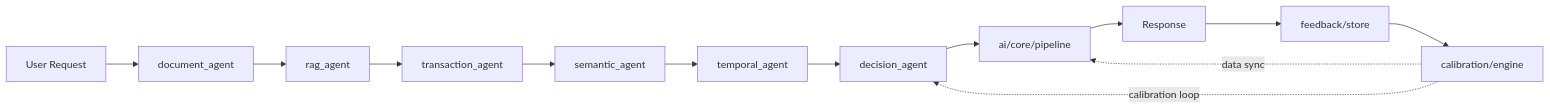
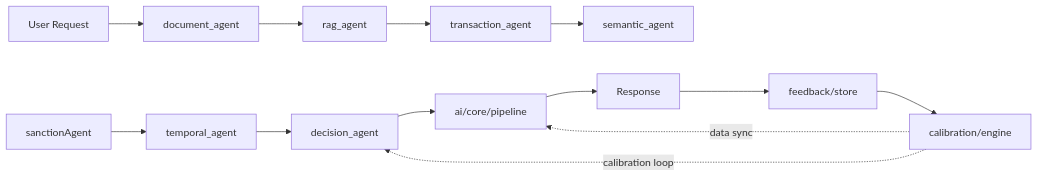
Before and after one commit to Quantum-Blade1/multi-agent-model: the first of 4 diagrams in README.md, drawn with Mermaid.

Commit message:
Replace semanticAgent with sanctionAgent in flow

````diff
--- a/README.md
+++ b/README.md
@@ -9,18 +9,18 @@
 ```mermaid
 flowchart LR
     UserReq["User Request"] --> documentAgent["document_agent"]
     documentAgent --> ragAgent["rag_agent"]
     ragAgent --> transactionAgent["transaction_agent"]
     transactionAgent --> semanticAgent["semantic_agent"]
-    semanticAgent --> temporalAgent["temporal_agent"]
+    sanctionAgent --> temporalAgent["temporal_agent"]
     temporalAgent --> decisionAgent["decision_agent"]
     
     decisionAgent --> corePipeline["ai/core/pipeline"]
     corePipeline --> Response["Response"]
     Response --> feedbackStore["feedback/store"]
     feedbackStore --> calibrationEngine["calibration/engine"]
 
     %% Feedback loops
     calibrationEngine -.->|calibration loop| decisionAgent
     calibrationEngine -.->|data sync| corePipeline
 ```
````
